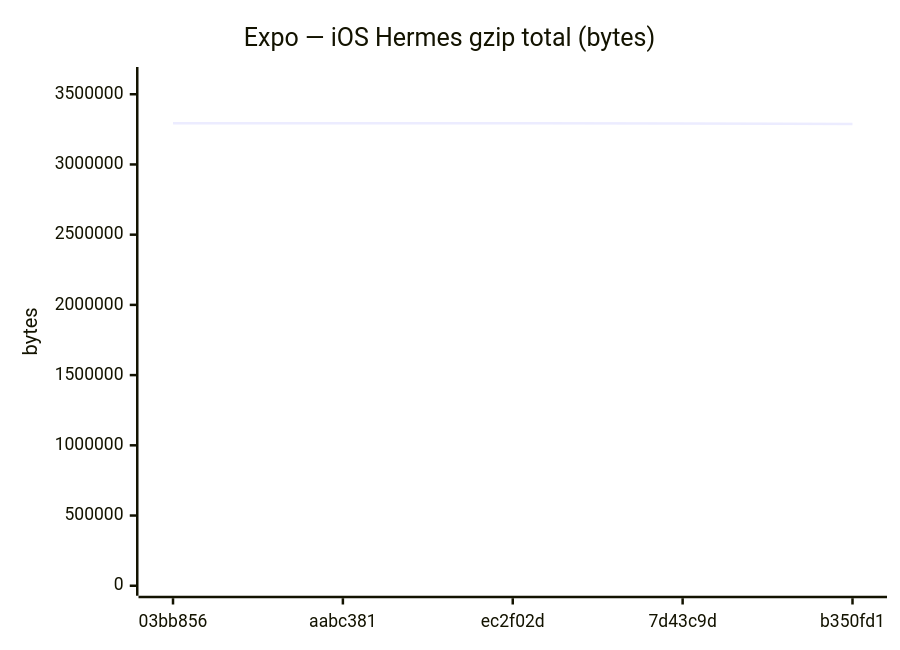
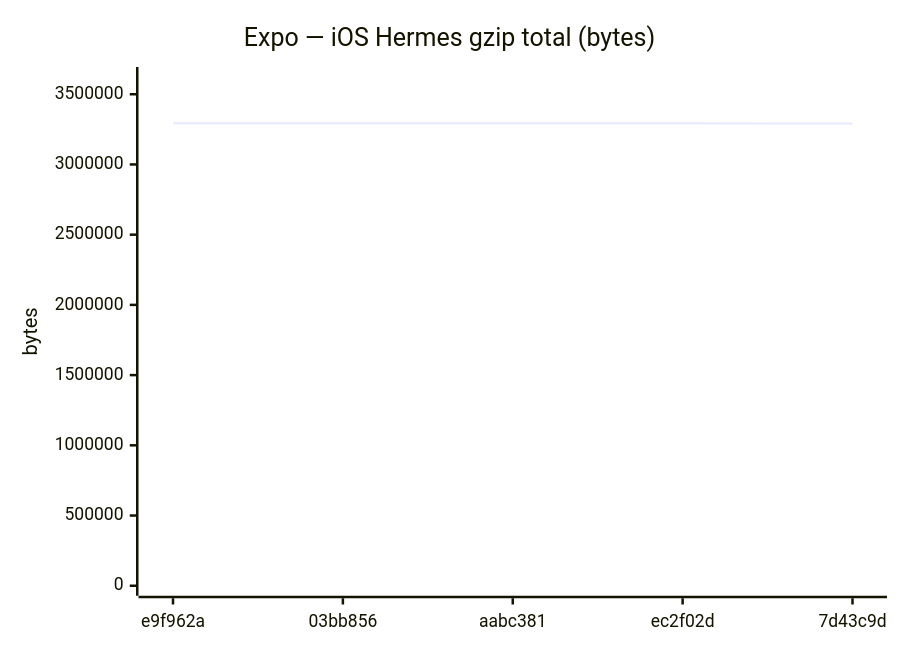
One commit to Metaheurist/Rianell changed diagram 12 of 18 in benchmarks/compare.md. Above: the diagram before and after it, drawn with Mermaid. The commit also changed other lines of this file and 11 other files, not shown here.

````diff
--- a/benchmarks/compare.md
+++ b/benchmarks/compare.md
@@ -179,7 +179,7 @@
 ```mermaid
 xychart-beta
     title "Expo — iOS Hermes gzip total (bytes)"
-    x-axis ["03bb856", "aabc381", "ec2f02d", "7d43c9d", "b350fd1"]
+    x-axis ["e9f962a", "03bb856", "aabc381", "ec2f02d", "7d43c9d"]
     y-axis "bytes" 0 --> 3622750
-    line [3293200, 3293409, 3293314, 3291396, 3288856]
+    line [3293198, 3293200, 3293409, 3293314, 3291396]
 ```
````
